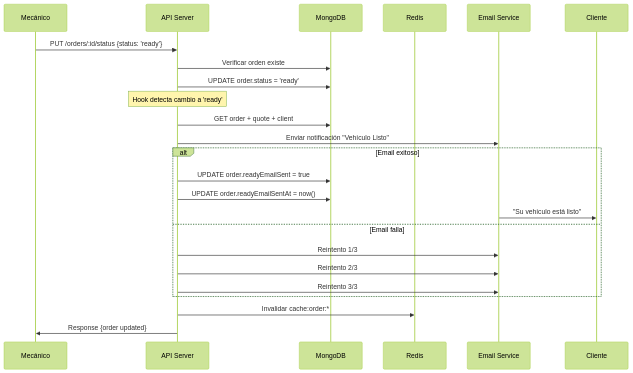
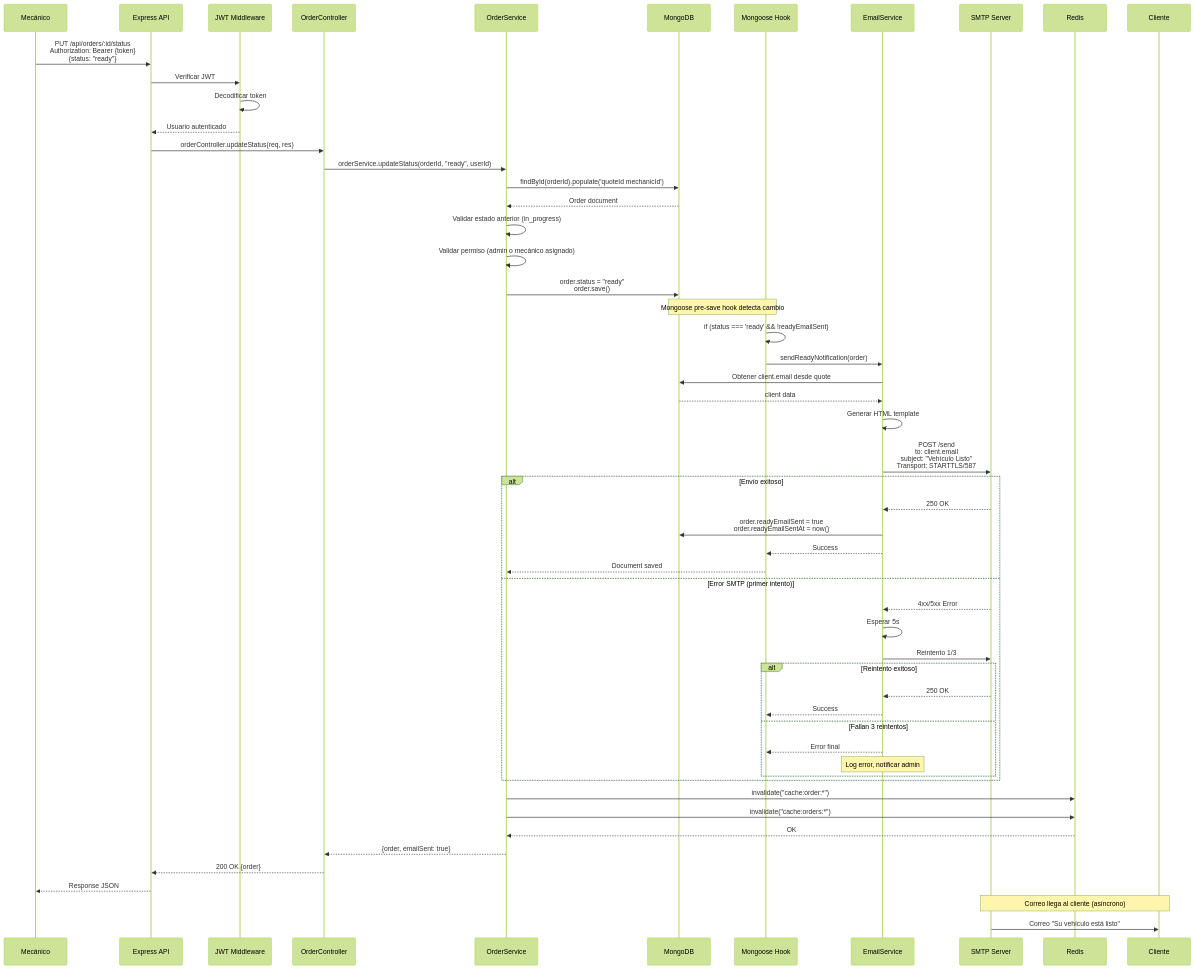
One commit to Marcos0o0/testttttt changed the seventh of 9 diagrams in test.md. Above: the diagram before and after it, drawn with Mermaid (forest theme). The commit also changed other lines of this file, not shown here.

````diff
--- a/test.md
+++ b/test.md
@@ -612,31 +585,72 @@
 ```mermaid
 sequenceDiagram
     participant M as Mecánico
-    participant API as API Server
+    participant API as Express API
+    participant Auth as JWT Middleware
+    participant Ctrl as OrderController
+    participant Svc as OrderService
     participant DB as MongoDB
+    participant Hook as Mongoose Hook
+    participant Email as EmailService
+    participant SMTP as SMTP Server
     participant Cache as Redis
-    participant Email as Email Service
     participant C as Cliente
     
-    M->>API: PUT /orders/:id/status {status: 'ready'}
-    API->>DB: Verificar orden existe
-    API->>DB: UPDATE order.status = 'ready'
+    M->>API: PUT /api/orders/:id/status<br/>Authorization: Bearer {token}<br/>{status: "ready"}
     
-    Note over API: Hook detecta cambio a 'ready'
+    API->>Auth: Verificar JWT
+    Auth->>Auth: Decodificar token
+    Auth-->>API: Usuario autenticado
     
-    API->>DB: GET order + quote + client
-    API->>Email: Enviar notificación "Vehículo Listo"
+    API->>Ctrl: orderController.updateStatus(req, res)
+    Ctrl->>Svc: orderService.updateStatus(orderId, "ready", userId)
     
-    alt Email exitoso
-        API->>DB: UPDATE order.readyEmailSent = true
-        API->>DB: UPDATE order.readyEmailSentAt = now()
-        Email->>C: "Su vehículo está listo"
-    else Email falla
-        API->>Email: Reintento 1/3
-        API->>Email: Reintento 2/3
-        API->>Email: Reintento 3/3
+    Svc->>DB: findById(orderId).populate('quoteId mechanicId')
+    DB-->>Svc: Order document
+    
+    Svc->>Svc: Validar estado anterior (in_progress)
+    Svc->>Svc: Validar permiso (admin o mecánico asignado)
+    
+    Svc->>DB: order.status = "ready"<br/>order.save()
+    
+    Note over DB,Hook: Mongoose pre-save hook detecta cambio
+    
+    Hook->>Hook: if (status === 'ready' && !readyEmailSent)
+    Hook->>Email: sendReadyNotification(order)
+    
+    Email->>DB: Obtener client.email desde quote
+    DB-->>Email: client data
+    
+    Email->>Email: Generar HTML template
+    Email->>SMTP: POST /send<br/>to: client.email<br/>subject: "Vehículo Listo"<br/>Transport: STARTTLS/587
+    
+    alt Envío exitoso
+        SMTP-->>Email: 250 OK
+        Email->>DB: order.readyEmailSent = true<br/>order.readyEmailSentAt = now()
+        Email-->>Hook: Success
+        Hook-->>Svc: Document saved
+    else Error SMTP (primer intento)
+        SMTP-->>Email: 4xx/5xx Error
+        Email->>Email: Esperar 5s
+        Email->>SMTP: Reintento 1/3
+        
+        alt Reintento exitoso
+            SMTP-->>Email: 250 OK
+            Email-->>Hook: Success
+        else Fallan 3 reintentos
+            Email-->>Hook: Error final
+            Note over Email: Log error, notificar admin
+        end
     end
     
-    API->>Cache: Invalidar cache:order:*
-    API->>M: Response {order updated}
+    Svc->>Cache: invalidate("cache:order:*")
+    Svc->>Cache: invalidate("cache:orders:*")
+    Cache-->>Svc: OK
+    
+    Svc-->>Ctrl: {order, emailSent: true}
+    Ctrl-->>API: 200 OK {order}
+    API-->>M: Response JSON
+    
+    Note over SMTP,C: Correo llega al cliente (asíncrono)
+    SMTP->>C: Correo "Su vehículo está listo"
 ```
````
